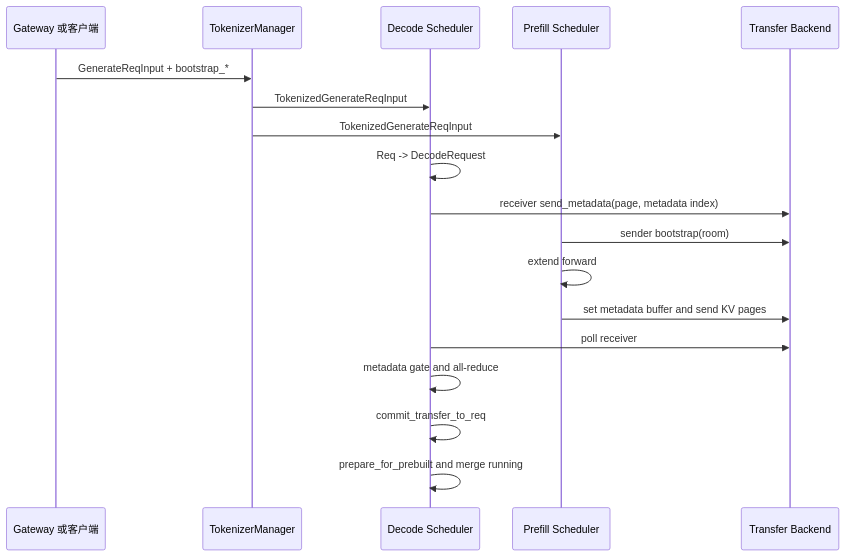
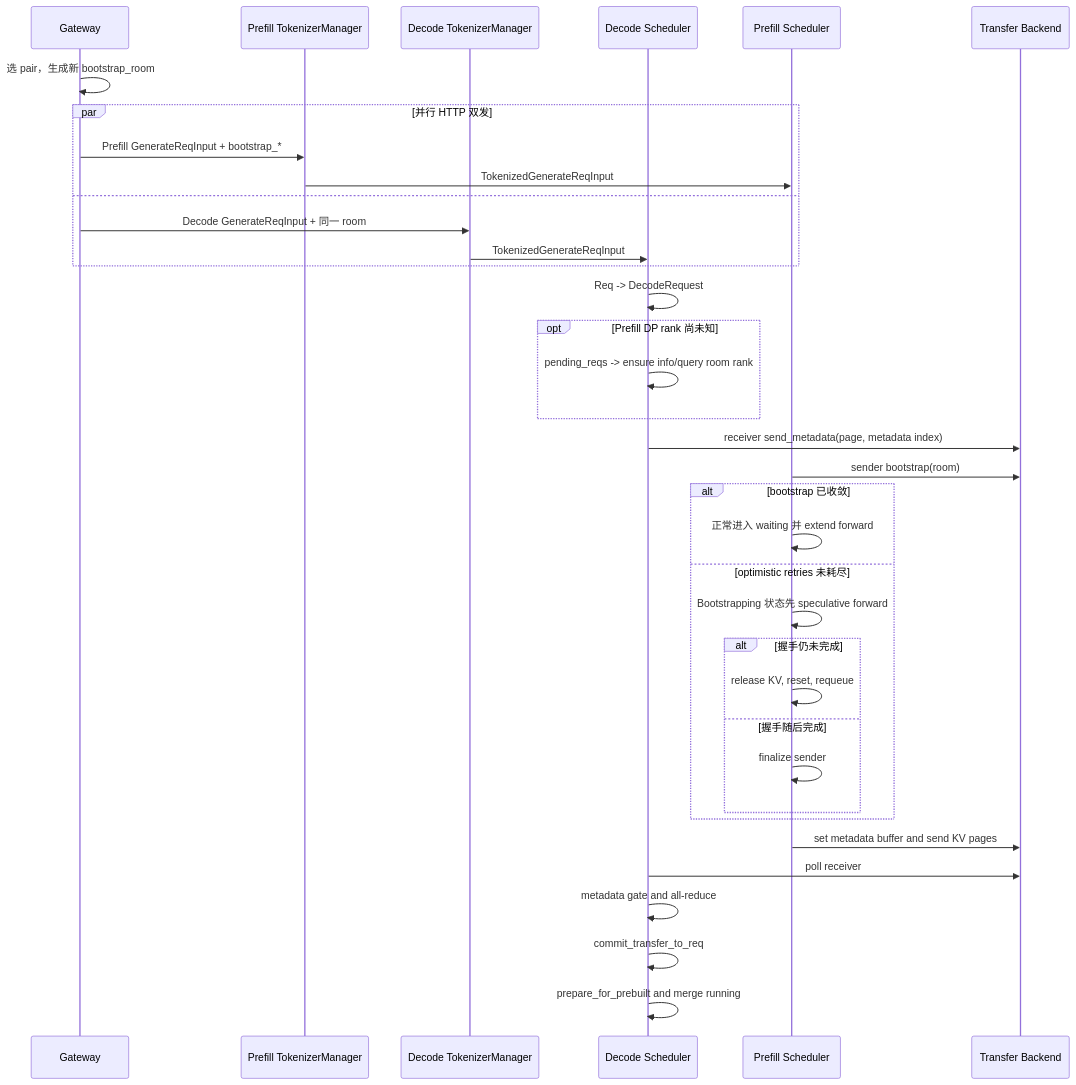
The second of 2 diagrams in sglang_reading/高级特性/PD分离/SGLang-PD分离-数据流.md (OnlyHero5/sglang-reading-vault), drawn with Mermaid before and after one commit. The commit also changed other lines of this file and 512 other files, not shown here.

````diff
--- a/sglang_reading/高级特性/PD分离/SGLang-PD分离-数据流.md
+++ b/sglang_reading/高级特性/PD分离/SGLang-PD分离-数据流.md
@@ -576,21 +583,39 @@
 ```mermaid
 sequenceDiagram
-  participant GW as Gateway 或客户端
-  participant TM as TokenizerManager
+  participant GW as Gateway
+  participant PTM as Prefill TokenizerManager
+  participant DTM as Decode TokenizerManager
   participant DS as Decode Scheduler
   participant PS as Prefill Scheduler
   participant TX as Transfer Backend
 
-  GW->>TM: GenerateReqInput + bootstrap_*
-  TM->>DS: TokenizedGenerateReqInput
-  TM->>PS: TokenizedGenerateReqInput
+  GW->>GW: 选 pair，生成新 bootstrap_room
+  par 并行 HTTP 双发
+    GW->>PTM: Prefill GenerateReqInput + bootstrap_*
+    PTM->>PS: TokenizedGenerateReqInput
+  and
+    GW->>DTM: Decode GenerateReqInput + 同一 room
+    DTM->>DS: TokenizedGenerateReqInput
+  end
   DS->>DS: Req -> DecodeRequest
+  opt Prefill DP rank 尚未知
+    DS->>DS: pending_reqs -> ensure info/query room rank
+  end
   DS->>TX: receiver send_metadata(page, metadata index)
   PS->>TX: sender bootstrap(room)
-  PS->>PS: extend forward
+  alt bootstrap 已收敛
+    PS->>PS: 正常进入 waiting 并 extend forward
+  else optimistic retries 未耗尽
+    PS->>PS: Bootstrapping 状态先 speculative forward
+    alt 握手仍未完成
+      PS->>PS: release KV, reset, requeue
+    else 握手随后完成
+      PS->>PS: finalize sender
+    end
+  end
   PS->>TX: set metadata buffer and send KV pages
   DS->>TX: poll receiver
   DS->>DS: metadata gate and all-reduce
   DS->>DS: commit_transfer_to_req
   DS->>DS: prepare_for_prebuilt and merge running
 ```
````
